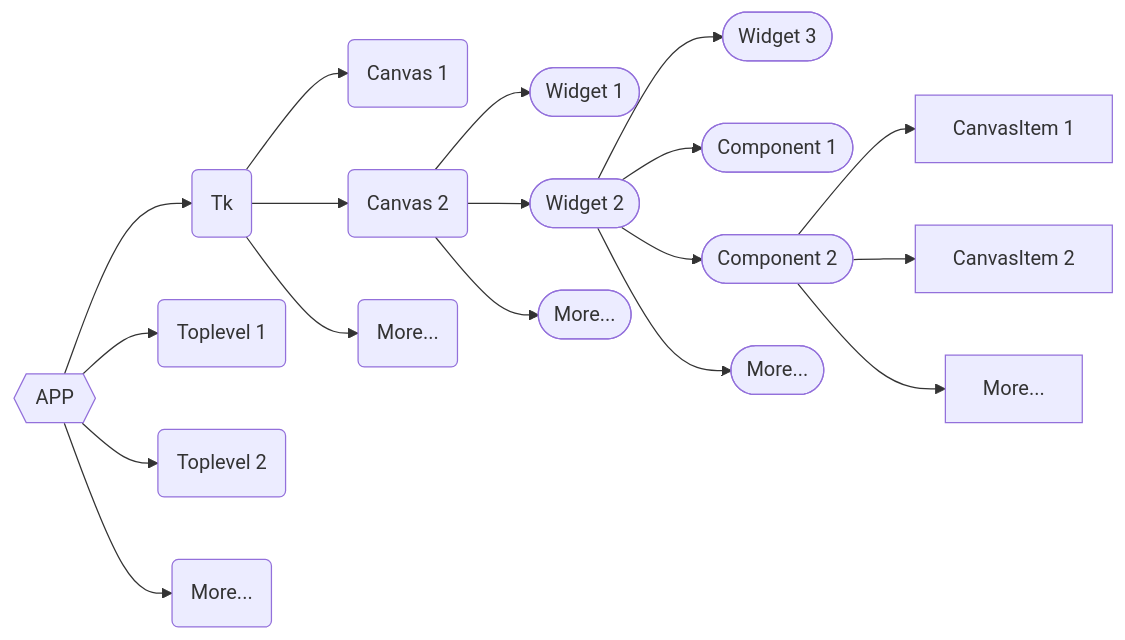
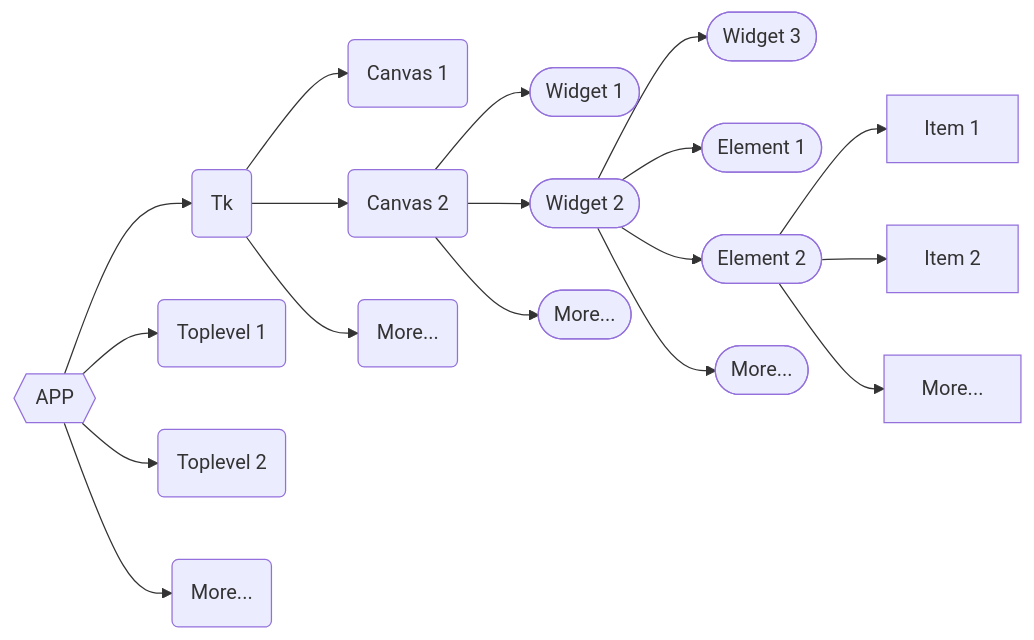
One commit to Xiaokang2022/tkintertools-docs changed the first of 3 diagrams in 3.0/tutorials/chapter_01/3.md. Above: the diagram before and after it, drawn with Mermaid. The commit also changed other lines of this file and 17 other files, not shown here.

````diff
--- a/3.0/tutorials/chapter_01/3.md
+++ b/3.0/tutorials/chapter_01/3.md
@@ -58,28 +53,28 @@
 ```mermaid
 flowchart LR
 
     app{{APP}}
     tk(Tk)
     tp1(Toplevel 1)
     tp2(Toplevel 2)
     cv1(Canvas 1)
     cv2(Canvas 2)
     wid1([Widget 1])
     wid2([Widget 2])
     wid3([Widget 3])
-    cp1([Component 1])
-    cp2([Component 2])
-    it1[CanvasItem 1]
-    it2[CanvasItem 2]
+    cp1([Element 1])
+    cp2([Element 2])
+    it1[Item 1]
+    it2[Item 2]
     _1(More...)
     _2([More...])
     _3([More...])
     _4[More...]
     _5(More...)
 
     app --> tp1; app --> tp2; app --> tk; app --> _5;
     tk --> cv1; tk --> cv2; tk --> _1;
     cv2 --> wid1; cv2 --> wid2; cv2 --> _2;
     wid2 --> cp1; wid2 --> cp2; wid2 --> _3; wid2 --> wid3;
     cp2 --> it1; cp2 --> it2; cp2 --> _4;
 ```
````
